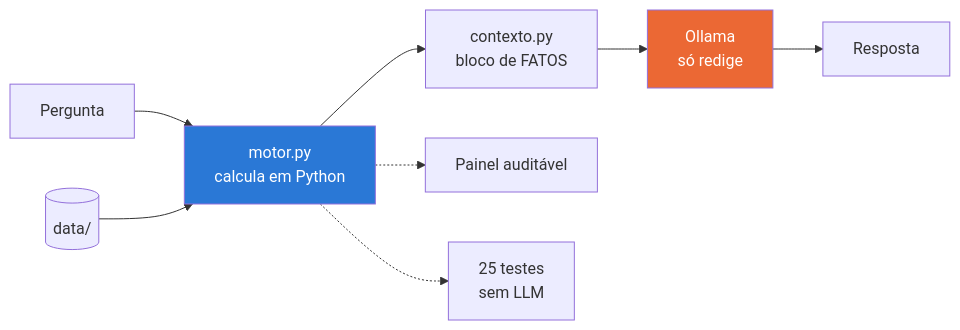
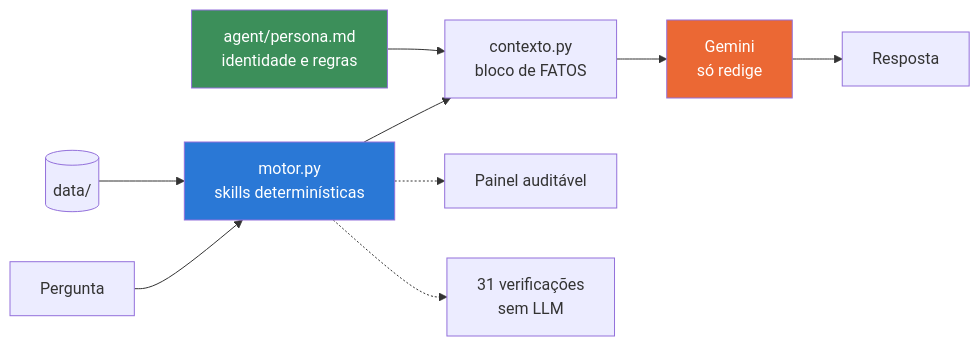
One commit to AndressaCristiny/rumo-assistente-metas-financeiras changed the diagram in README.md. Above: the diagram before and after it, drawn with Mermaid. The commit also changed other lines of this file and 4 other files, not shown here.

````diff
--- a/README.md
+++ b/README.md
@@ -30,12 +34,14 @@
 ```mermaid
 flowchart LR
-    A[Pergunta] --> B[motor.py<br/>calcula em Python]
+    A[Pergunta] --> B[motor.py<br/>skills determinísticas]
     D[(data/)] --> B
     B --> C[contexto.py<br/>bloco de FATOS]
-    C --> E[Ollama<br/>só redige]
+    P[agent/persona.md<br/>identidade e regras] --> C
+    C --> E[Gemini<br/>só redige]
     E --> F[Resposta]
     B -.-> G[Painel auditável]
-    B -.-> H[25 testes<br/>sem LLM]
+    B -.-> H[31 verificações<br/>sem LLM]
     style B fill:#2a78d6,color:#fff
     style E fill:#eb6834,color:#fff
+    style P fill:#3c8f5a,color:#fff
 ```
````
